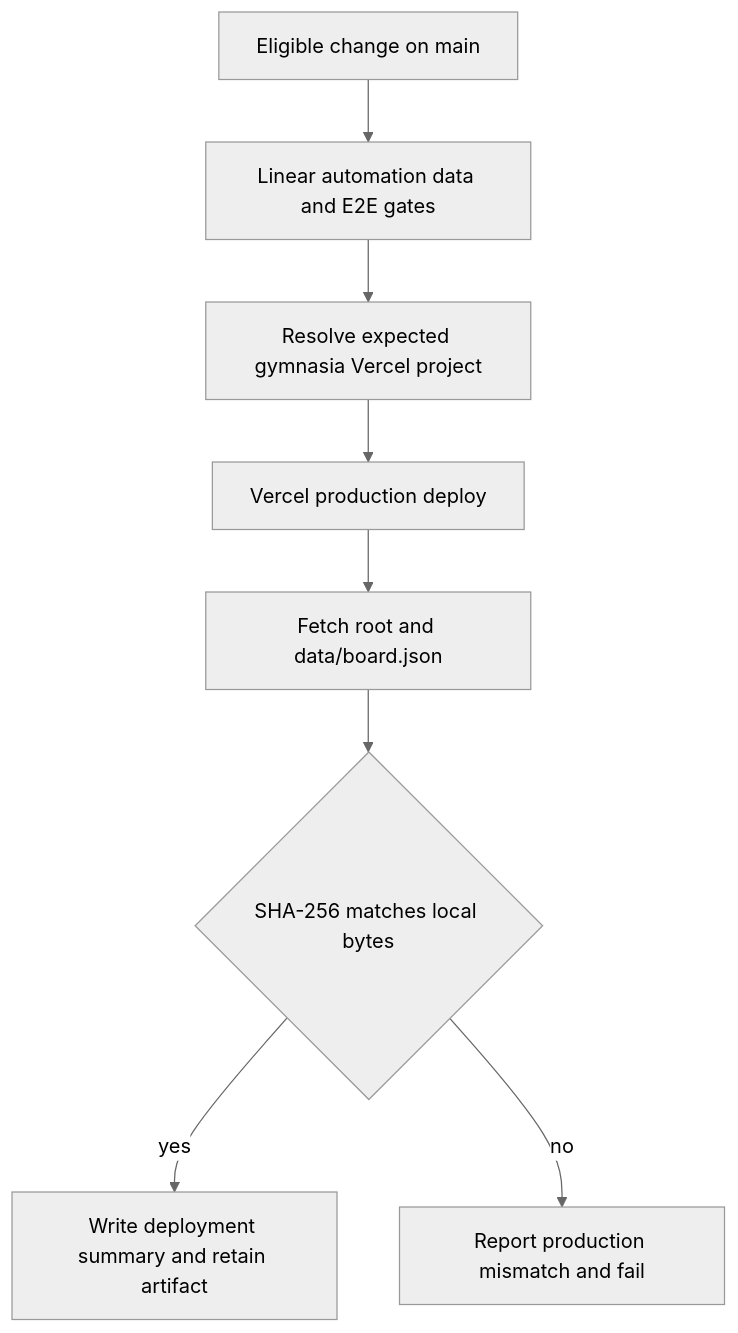
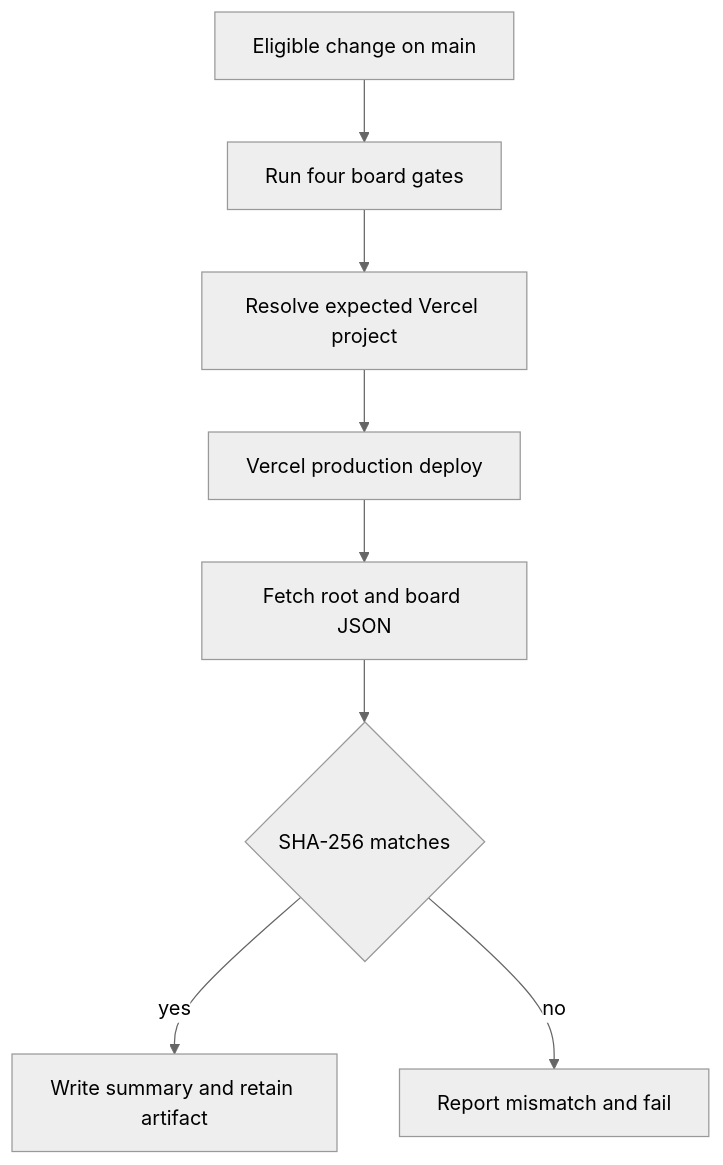
The fourth of 4 diagrams in openwiki/services/architecture-board.md (maximofn/gymnasia), drawn with Mermaid (neutral theme) before and after one commit. The commit also changed other lines of this file and 54 other files, not shown here.

````diff
--- a/openwiki/services/architecture-board.md
+++ b/openwiki/services/architecture-board.md
@@ -142,10 +153,10 @@
 ```mermaid
 flowchart TD
-    Main["Eligible change on main"] --> Gates["Linear automation data and E2E gates"]
-    Gates --> Resolve["Resolve expected gymnasia Vercel project"]
+    Main["Eligible change on main"] --> Gates["Run four board gates"]
+    Gates --> Resolve["Resolve expected Vercel project"]
     Resolve --> Deploy["Vercel production deploy"]
-    Deploy --> Verify["Fetch root and data/board.json"]
-    Verify --> Hash{"SHA-256 matches local bytes"}
-    Hash -->|yes| Evidence["Write deployment summary and retain artifact"]
-    Hash -->|no| Alert["Report production mismatch and fail"]
+    Deploy --> Verify["Fetch root and board JSON"]
+    Verify --> Hash{"SHA-256 matches"}
+    Hash -->|"yes"| Evidence["Write summary and retain artifact"]
+    Hash -->|"no"| Alert["Report mismatch and fail"]
 ```
````
